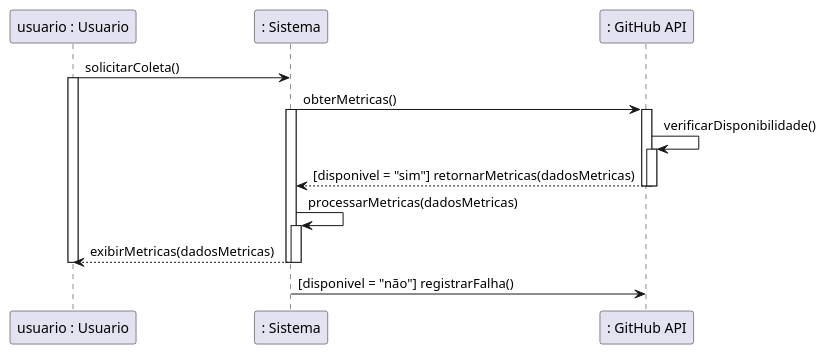
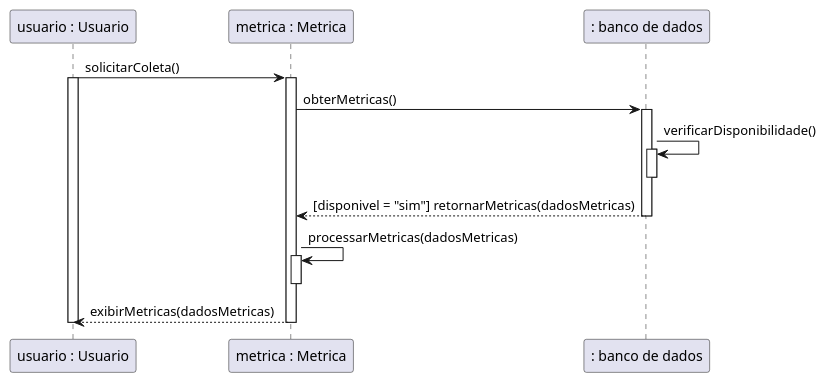
One commit to yurilsn/DiagramasUml changed the diagram in Diagrama de Sequencia/sequencia_proj_final_c3.wsd. Above: the diagram before and after it, drawn with PlantUML. The commit also changed 4 other files, not shown here.

Commit message:
corrigindo diagrama de sequencia

```diff
--- a/Diagrama de Sequencia/sequencia_proj_final_c3.wsd
+++ b/Diagrama de Sequencia/sequencia_proj_final_c3.wsd
@@ -1,27 +1,28 @@
 @startuml
-' COLETAR MÉTRICAS DO GITHUB
+' CONSULTAR MÉTRICAS DO GITHUB
 
-"usuario : Usuario" as usuario -> ": Sistema" as sistema : solicitarColeta()
+"usuario : Usuario" as usuario -> "metrica : Metrica" as metrica : solicitarColeta()
 activate usuario
+activate metrica
 
-sistema -> ": GitHub API" as github : obterMetricas()
-activate sistema
-activate github
 
-github -> github : verificarDisponibilidade()
-activate github
-github --> sistema : [disponivel = "sim"] retornarMetricas(dadosMetricas)
-deactivate github
-deactivate github
+metrica -> ": banco de dados" as bd : obterMetricas()
+activate bd
 
-sistema -> sistema : processarMetricas(dadosMetricas)
-activate sistema
+bd -> bd : verificarDisponibilidade()
+activate bd
 
-sistema --> usuario : exibirMetricas(dadosMetricas)
-deactivate sistema
-deactivate sistema
+deactivate bd
+bd --> metrica : [disponivel = "sim"] retornarMetricas(dadosMetricas)
+deactivate bd
+
+metrica -> metrica : processarMetricas(dadosMetricas)
+activate metrica
+
+deactivate metrica
+metrica --> usuario : exibirMetricas(dadosMetricas)
+deactivate metrica
 
 deactivate usuario
 
-sistema -> github : [disponivel = "não"] registrarFalha()
 @enduml
```
